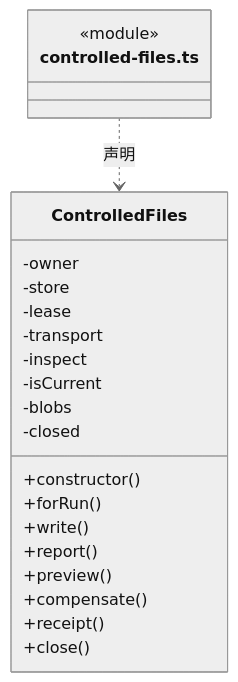
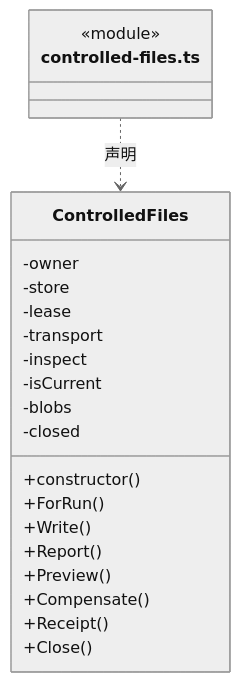
The second of 5 diagrams in src/logic/file-operations/service/ARCHITECTURE.md (nan023062/cbim), drawn with Mermaid (neutral theme) before and after one commit. The commit also changed other lines of this file and 1035 other files, not shown here.

````diff
--- a/src/logic/file-operations/service/ARCHITECTURE.md
+++ b/src/logic/file-operations/service/ARCHITECTURE.md
@@ -39,25 +39,25 @@
 ```mermaid
 classDiagram
 class N_src_logic_file_operations_service_controlled_files_ts["controlled-files.ts"] {
   <<module>>
 }
 class N_src_logic_file_operations_service_controlled_files_ts_ControlledFiles["ControlledFiles"] {
   +constructor()
-  +forRun()
-  +write()
-  +report()
-  +preview()
-  +compensate()
-  +receipt()
-  +close()
+  +ForRun()
+  +Write()
+  +Report()
+  +Preview()
+  +Compensate()
+  +Receipt()
+  +Close()
   -owner
   -store
   -lease
   -transport
   -inspect
   -isCurrent
   -blobs
   -closed
 }
 N_src_logic_file_operations_service_controlled_files_ts ..> N_src_logic_file_operations_service_controlled_files_ts_ControlledFiles : 声明
 ```
````
